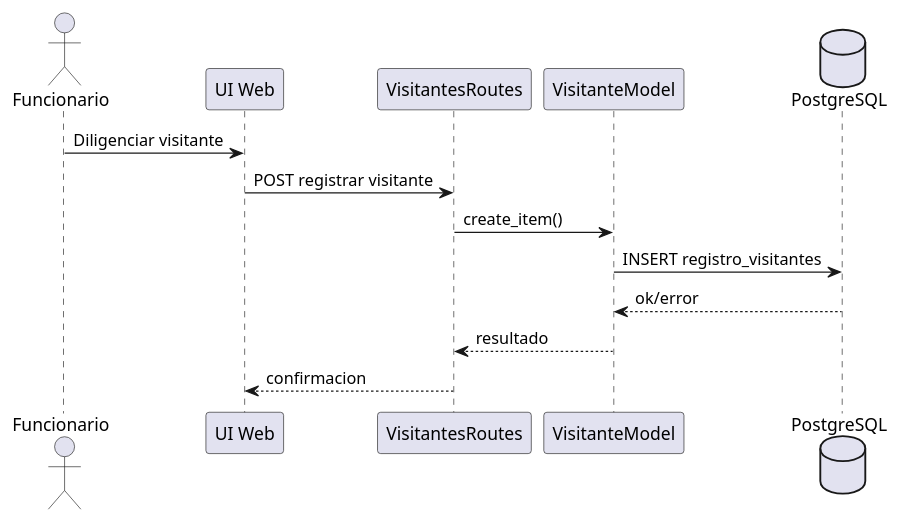
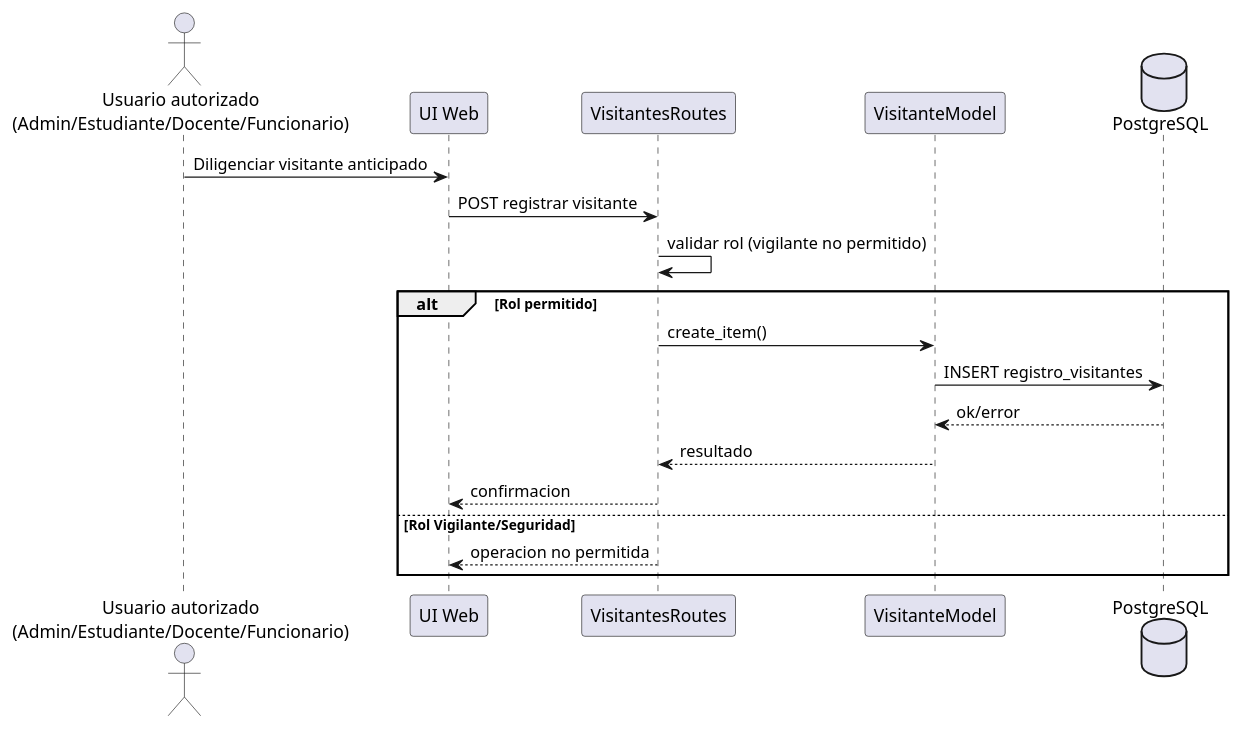
One commit to maranavard/SISTEMA-COMPUTACIONAL-PARA-LA-GESTION-Y-CONTROL-DE-ACCESO-DE-AUTOMOVILES-M-DULO-WEB changed the diagram in docs/uml/secuencias/CU17_registrar_visitante_anticipado.puml. Above: the diagram before and after it, drawn with PlantUML. The commit also changed 148 other files, not shown here.

Commit message:
Respaldo general del proyecto: MER completo/funcional, UML, docs y ajustes web

```diff
--- a/docs/uml/secuencias/CU17_registrar_visitante_anticipado.puml
+++ b/docs/uml/secuencias/CU17_registrar_visitante_anticipado.puml
@@ -1,15 +1,20 @@
-@startuml
-actor Funcionario
+@startuml CU17_registrar_visitante_anticipado
+actor "Usuario autorizado\n(Admin/Estudiante/Docente/Funcionario)" as Usuario
 participant "UI Web" as UI
 participant "VisitantesRoutes" as V
 participant "VisitanteModel" as M
 database "PostgreSQL" as DB
 
-Funcionario -> UI : Diligenciar visitante
+Usuario -> UI : Diligenciar visitante anticipado
 UI -> V : POST registrar visitante
-V -> M : create_item()
-M -> DB : INSERT registro_visitantes
-DB --> M : ok/error
-M --> V : resultado
-V --> UI : confirmacion
+V -> V : validar rol (vigilante no permitido)
+alt Rol permitido
+	V -> M : create_item()
+	M -> DB : INSERT registro_visitantes
+	DB --> M : ok/error
+	M --> V : resultado
+	V --> UI : confirmacion
+else Rol Vigilante/Seguridad
+	V --> UI : operacion no permitida
+end
 @enduml
```
